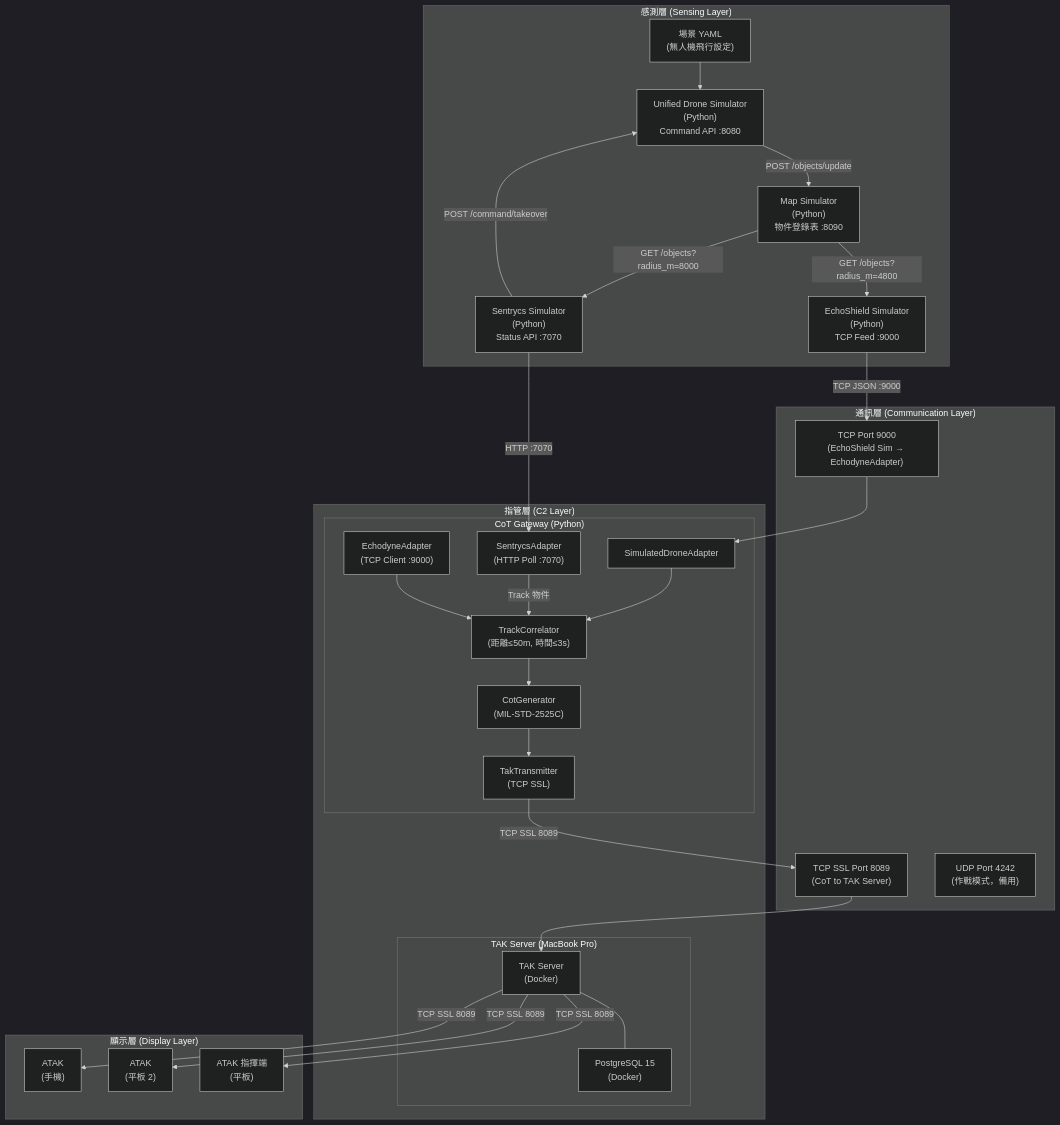
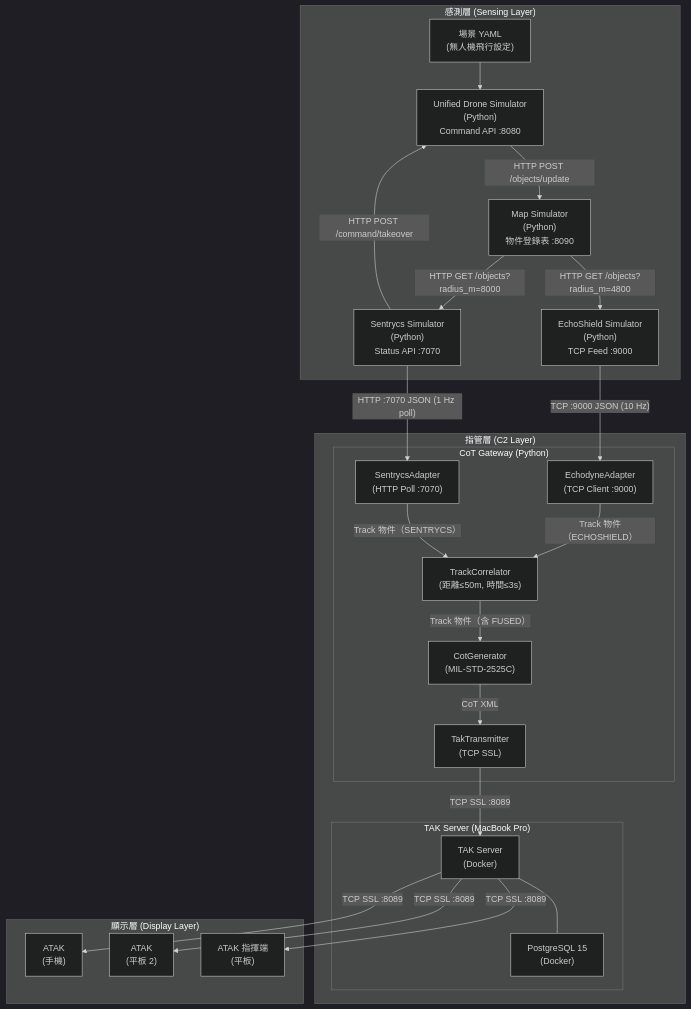
One commit to aplool-tw/cics-tak-demo changed the first of 4 diagrams in docs/system-docs/01-system-architecture.md. Above: the diagram before and after it, drawn with Mermaid (dark theme). The commit also changed other lines of this file and 2 other files, not shown here.

Commit message:
docs(system-docs): simplify to 3-layer architecture, remove SimulatedDroneAdapter
Architecture simplifications:

1. Remove SimulatedDroneAdapter from CoT Gateway
   - EchoShield Simulator now connects directly to EchodyneAdapter
   - EchodyneAdapter supports dual-mode: PoC (TCP :9000 simulator) or
     production (real EchoShield hardware) — same output format

2. Remove Communication Layer as standalone architecture tier
   - Architecture simplified from 4-layer to 3-layer:
     Sensor Layer → C2 Layer → Display Layer
   - Protocol/port annotations moved to component connection arrows
   - No more "通訊層" subgraph in diagrams

Updated files:
- 01-system-architecture.md (v0.6): 3-layer arch, updated Mermaid diagrams
- 04-cot-gateway-spec.md (v0.4): removed SimulatedDroneAdapter module,
  EchodyneAdapter dual-mode description
- 00-index.md (v0.5): updated architecture summary to 3-layer

````diff
--- a/docs/system-docs/01-system-architecture.md
+++ b/docs/system-docs/01-system-architecture.md
@@ -54,60 +53,48 @@
 ```mermaid
 
 flowchart TB
     subgraph SENSE["感測層 (Sensing Layer)"]
         UDS["Unified Drone Simulator\n(Python)\nCommand API :8080"]
         MS["Map Simulator\n(Python)\n物件登錄表 :8090"]
         ES_SIM["EchoShield Simulator\n(Python)\nTCP Feed :9000"]
         SC["Sentrycs Simulator\n(Python)\nStatus API :7070"]
         DS["場景 YAML\n(無人機飛行設定)"]
     end
 
-    subgraph COMM["通訊層 (Communication Layer)"]
-        TCP_SIM["TCP Port 9000\n(EchoShield Sim → EchodyneAdapter)"]
-        
-        TCP_SSL["TCP SSL Port 8089\n(CoT to TAK Server)"]
-        UDP_42["UDP Port 4242\n(作戰模式，備用)"]
-    end
-
     subgraph C2["指管層 (C2 Layer)"]
         subgraph GW["CoT Gateway (Python)"]
             EA["EchodyneAdapter\n(TCP Client :9000)"]
-            SDA["SimulatedDroneAdapter"]
             SA["SentrycsAdapter\n(HTTP Poll :7070)"]
             TC["TrackCorrelator\n(距離≤50m, 時間≤3s)"]
             CG["CotGenerator\n(MIL-STD-2525C)"]
             TT["TakTransmitter\n(TCP SSL)"]
         end
         subgraph TAK["TAK Server (MacBook Pro)"]
             TAKSVR["TAK Server\n(Docker)"]
             PSQL["PostgreSQL 15\n(Docker)"]
         end
     end
 
     subgraph DISPLAY["顯示層 (Display Layer)"]
         ATAK_C["ATAK 指揮端\n(平板)"]
         ATAK_T["ATAK\n(平板 2)"]
         ATAK_P["ATAK\n(手機)"]
     end
 
     DS --> UDS
-    UDS -->|POST /objects/update| MS
-    MS -->|GET /objects?radius_m=4800| ES_SIM
-    MS -->|GET /objects?radius_m=8000| SC
-    SC -->|POST /command/takeover| UDS
-    ES_SIM -->|TCP JSON :9000| TCP_SIM
-    SC -->|"HTTP :7070"| SA
-
-    SA -->|Track 物件| TC
-    TCP_SIM --> SDA
-    EA --> TC
-    SDA --> TC
-    TC --> CG
-    CG --> TT
-    TT -->|TCP SSL 8089| TCP_SSL
-    TCP_SSL --> TAKSVR
+    UDS -->|"HTTP POST /objects/update"| MS
+    MS -->|"HTTP GET /objects?radius_m=4800"| ES_SIM
+    MS -->|"HTTP GET /objects?radius_m=8000"| SC
+    SC -->|"HTTP POST /command/takeover"| UDS
+    ES_SIM -->|"TCP :9000 JSON (10 Hz)"| EA
+    SC -->|"HTTP :7070 JSON (1 Hz poll)"| SA
+    SA -->|Track 物件（SENTRYCS）| TC
+    EA -->|Track 物件（ECHOSHIELD）| TC
+    TC -->|Track 物件（含 FUSED）| CG
+    CG -->|CoT XML| TT
+    TT -->|"TCP SSL :8089"| TAKSVR
     TAKSVR --- PSQL
-    TAKSVR -->|TCP SSL 8089| ATAK_C
-    TAKSVR -->|TCP SSL 8089| ATAK_T
-    TAKSVR -->|TCP SSL 8089| ATAK_P
+    TAKSVR -->|"TCP SSL :8089"| ATAK_C
+    TAKSVR -->|"TCP SSL :8089"| ATAK_T
+    TAKSVR -->|"TCP SSL :8089"| ATAK_P
 ```
````
